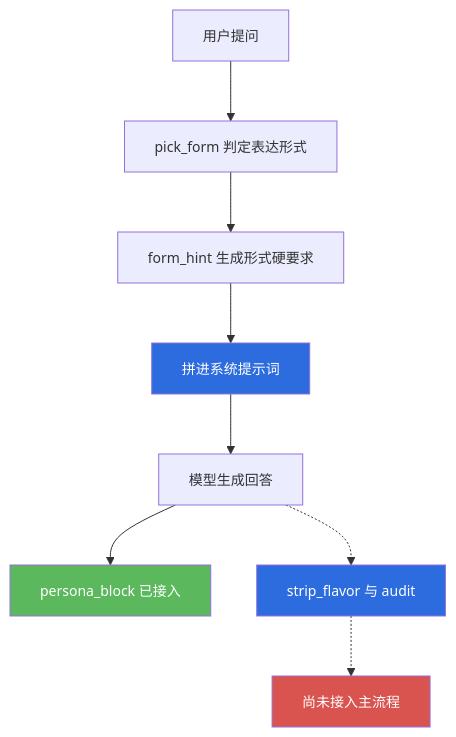
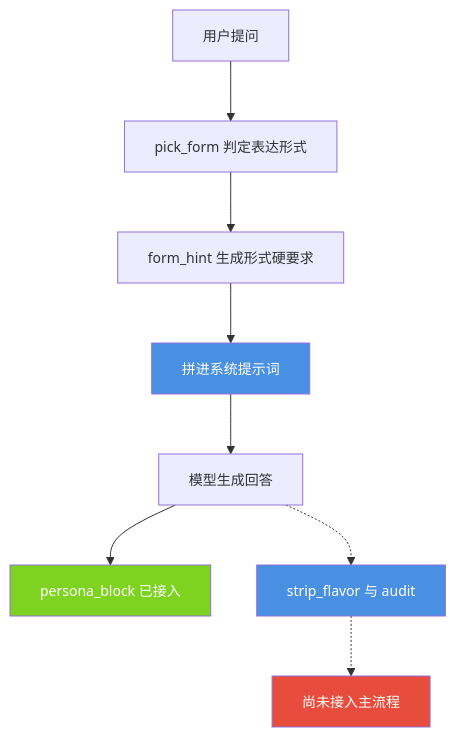
One commit to jiangchuangege/xiaojiao-harnees changed the first of 4 diagrams in docs/modules/09-persona.md. Above: the diagram before and after it, drawn with Mermaid. The commit also changed other lines of this file and 32 other files, not shown here.

Commit message:
统一：全仓原理图配色到一套调色板 + 给 12 张灰图补色 + 修正自己会睡那张过期图

````diff
--- a/docs/modules/09-persona.md
+++ b/docs/modules/09-persona.md
@@ -76,16 +76,16 @@
 ```mermaid
 %%{init: {"themeVariables": {"fontSize": "14px"}, "flowchart": {"htmlLabels": true, "wrappingWidth": 330, "nodeSpacing": 46, "rankSpacing": 60, "useMaxWidth": true}}}%%
 flowchart TB
     P["用户提问"] --> F["pick_form 判定表达形式"]
     F --> H["form_hint 生成形式硬要求"]
     H --> S["拼进系统提示词"]
     S --> G["模型生成回答"]
     G --> N["persona_block 已接入"]
     G -.-> C["strip_flavor 与 audit"]
     C -.-> NL["尚未接入主流程"]
 
-    style S fill:#2d6cdf,color:#fff
-    style N fill:#5cb85c,color:#fff
-    style NL fill:#d9534f,color:#fff
-    style C fill:#2d6cdf,color:#fff
+    style S fill:#4A90E2,color:#fff
+    style N fill:#7ED321,color:#fff
+    style NL fill:#E74C3C,color:#fff
+    style C fill:#4A90E2,color:#fff
 ```
````
